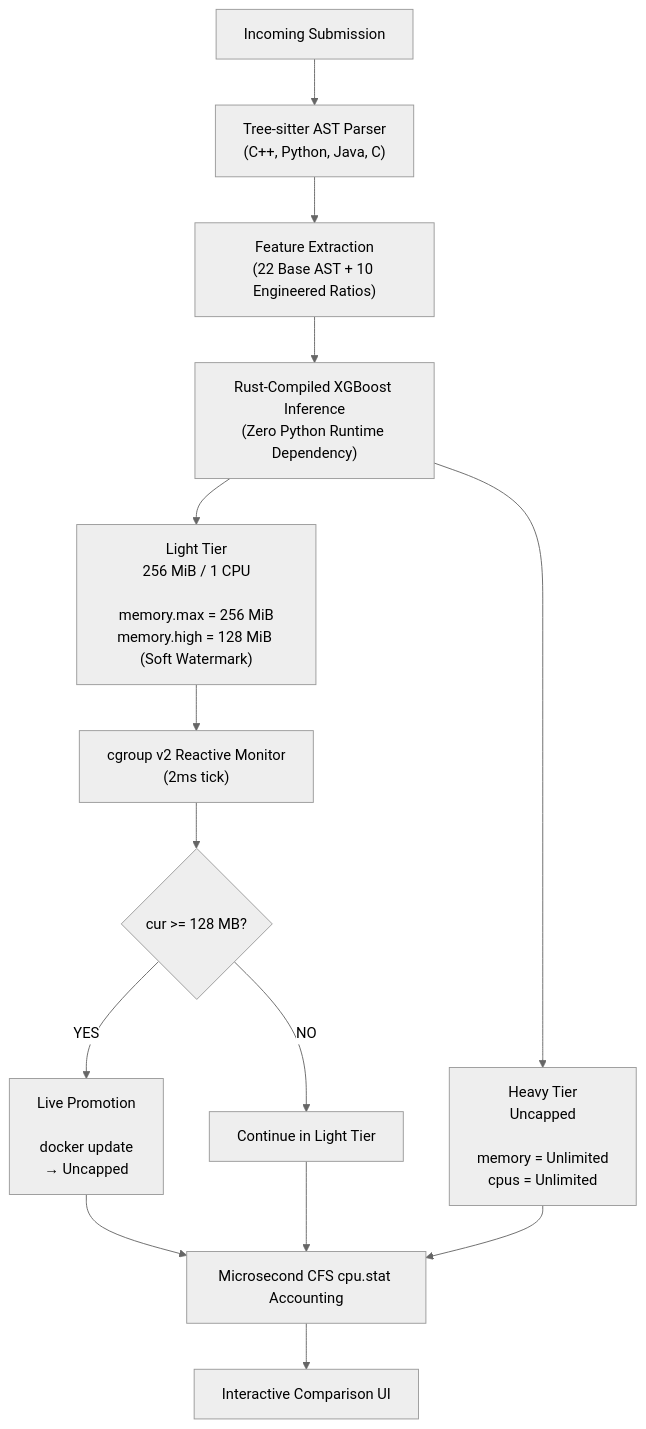
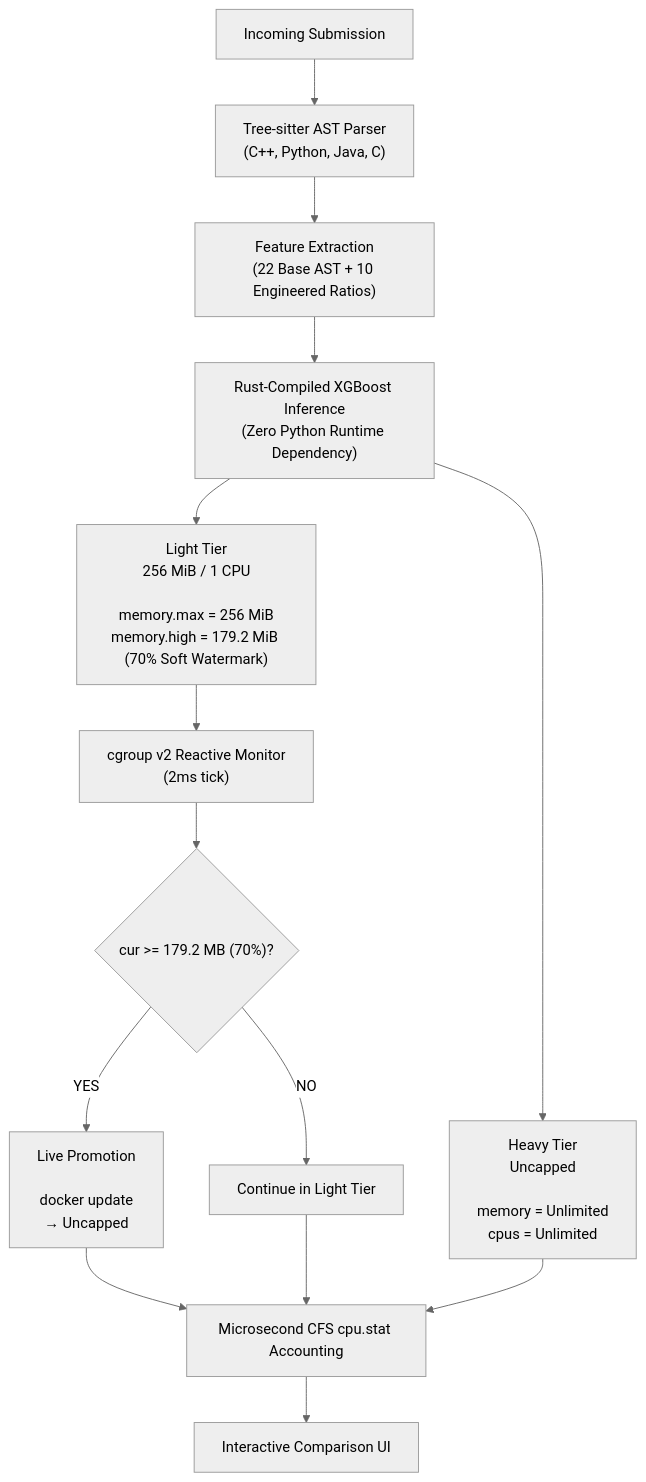
One commit to Hemanthkumar2k04/RAAS-OCJS changed the diagram in README.md. Above: the diagram before and after it, drawn with Mermaid (neutral theme). The commit also changed other lines of this file and 21 other files, not shown here.

````diff
--- a/README.md
+++ b/README.md
@@ -52,24 +52,24 @@
 ```mermaid
 flowchart TD
     A["Incoming Submission"]
     B["Tree-sitter AST Parser<br/>(C++, Python, Java, C)"]
     C["Feature Extraction<br/>(22 Base AST + 10 Engineered Ratios)"]
     D["Rust-Compiled XGBoost Inference<br/>(Zero Python Runtime Dependency)"]
 
     A --> B --> C --> D
 
-    D --> E["Light Tier<br/>256 MiB / 1 CPU<br/><br/>memory.max = 256 MiB<br/>memory.high = 128 MiB (Soft Watermark)"]
+    D --> E["Light Tier<br/>256 MiB / 1 CPU<br/><br/>memory.max = 256 MiB<br/>memory.high = 179.2 MiB (70% Soft Watermark)"]
     D --> F["Heavy Tier<br/>Uncapped<br/><br/>memory = Unlimited<br/>cpus = Unlimited"]
 
     E --> G["cgroup v2 Reactive Monitor<br/>(2ms tick)"]
-    G --> H{"cur >= 128 MB?"}
+    G --> H{"cur >= 179.2 MB (70%)?"}
 
     H -->|YES| I["Live Promotion<br/><br/>docker update<br/>→ Uncapped"]
     H -->|NO| J["Continue in Light Tier"]
 
     I --> K["Microsecond CFS cpu.stat Accounting"]
     J --> K
     F --> K
 
     K --> L["Interactive Comparison UI"]
 ```
````
